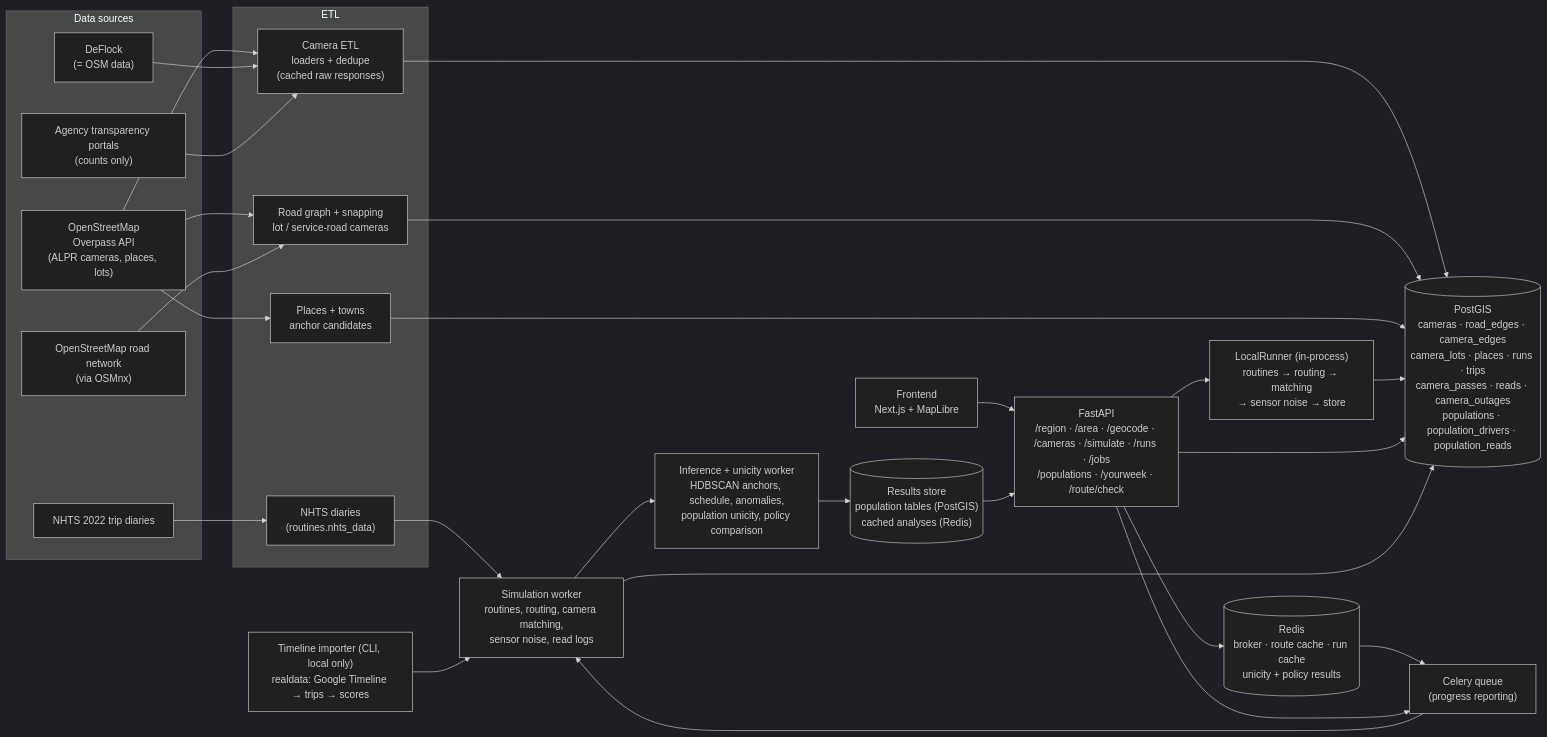
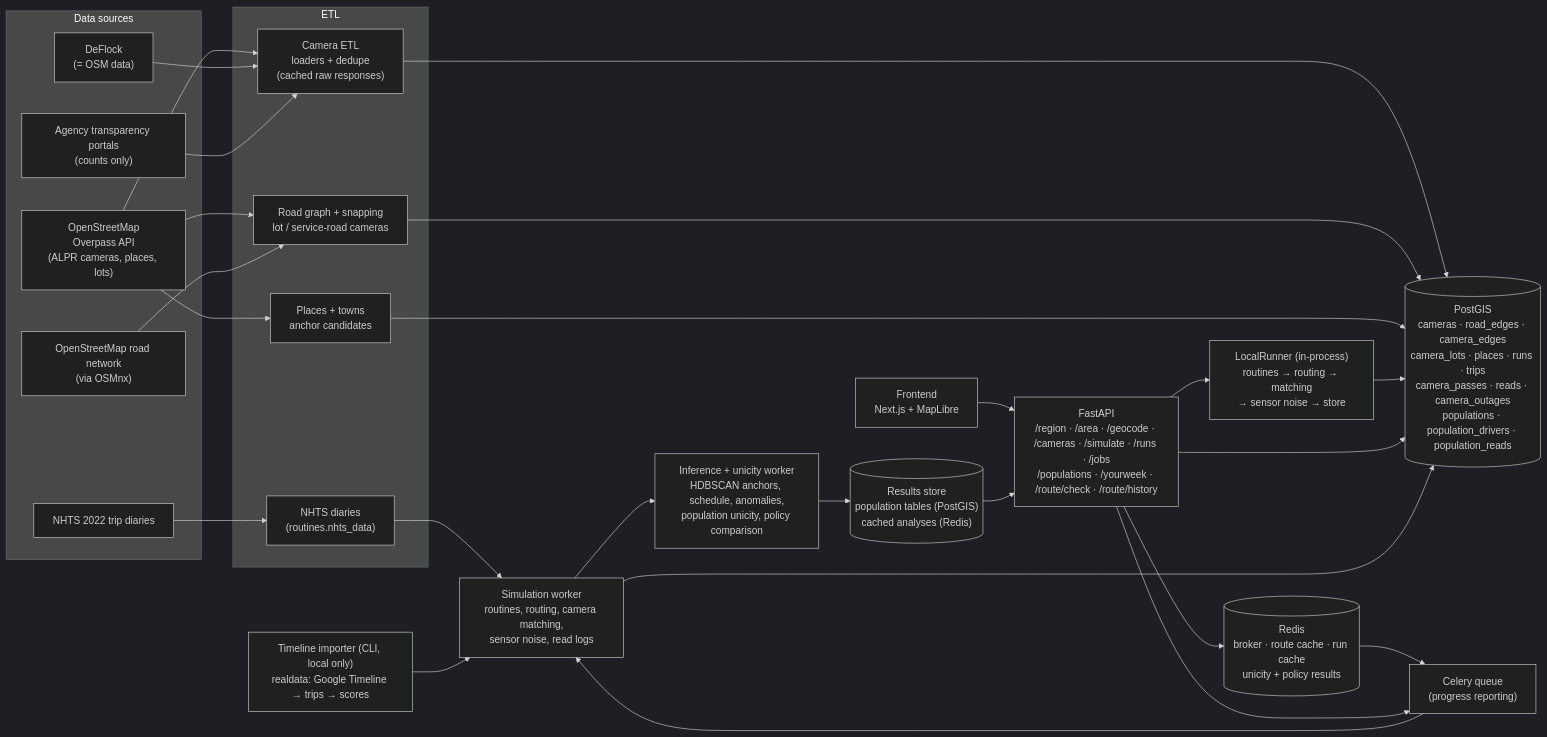
The diagram in docs/architecture.md (RyanPurakal/plate-trail), drawn with Mermaid (dark theme) before and after one commit. The commit also changed other lines of this file and 4 other files, not shown here.

````diff
--- a/docs/architecture.md
+++ b/docs/architecture.md
@@ -7,59 +12,59 @@
 ```mermaid
 flowchart LR
     %% ---------- sources ----------
     subgraph sources["Data sources"]
         OSM["OpenStreetMap<br/>Overpass API<br/>(ALPR cameras, places, lots)"]
         OSMNX["OpenStreetMap road network<br/>(via OSMnx)"]
         DEFLOCK["DeFlock<br/>(= OSM data)"]
         AGENCY["Agency transparency portals<br/>(counts only)"]
         NHTS["NHTS 2022 trip diaries"]
     end
 
     %% ---------- ETL ----------
     subgraph etl["ETL"]
         CAMETL["Camera ETL<br/>loaders + dedupe<br/>(cached raw responses)"]
         ROADS["Road graph + snapping<br/>lot / service-road cameras"]
         PLACES["Places + towns<br/>anchor candidates"]
         NHTSETL["NHTS diaries<br/>(routines.nhts_data)"]
     end
 
     DB[("PostGIS<br/>cameras · road_edges · camera_edges<br/>camera_lots · places · runs · trips<br/>camera_passes · reads · camera_outages<br/>populations · population_drivers · population_reads")]
 
     %% ---------- app ----------
     FE["Frontend<br/>Next.js + MapLibre"]
-    API["FastAPI<br/>/region · /area · /geocode · /cameras · /simulate · /runs · /jobs<br/>/populations · /yourweek · /route/check"]
+    API["FastAPI<br/>/region · /area · /geocode · /cameras · /simulate · /runs · /jobs<br/>/populations · /yourweek · /route/check · /route/history"]
     LOCAL["LocalRunner (in-process)<br/>routines → routing → matching<br/>→ sensor noise → store"]
     REDIS[("Redis<br/>broker · route cache · run cache<br/>unicity + policy results")]
     QUEUE["Celery queue<br/>(progress reporting)"]
     SIMW["Simulation worker<br/>routines, routing, camera matching,<br/>sensor noise, read logs"]
     INFW["Inference + unicity worker<br/>HDBSCAN anchors, schedule, anomalies,<br/>population unicity, policy comparison"]
     RESULTS[("Results store<br/>population tables (PostGIS)<br/>cached analyses (Redis)")]
     TIMELINE["Timeline importer (CLI, local only)<br/>realdata: Google Timeline → trips → scores"]
 
     OSM --> CAMETL
     OSM --> PLACES
     OSM --> ROADS
     OSMNX --> ROADS
     DEFLOCK --> CAMETL
     AGENCY --> CAMETL
     NHTS --> NHTSETL
     CAMETL --> DB
     ROADS --> DB
     PLACES --> DB
     NHTSETL --> SIMW
 
     FE --> API
     API --> LOCAL
     LOCAL --> DB
     API --> DB
 
     API --> REDIS
     REDIS --> QUEUE
     API --> QUEUE
     QUEUE --> SIMW
     SIMW --> INFW
     SIMW --> DB
     INFW --> RESULTS
     RESULTS --> API
     TIMELINE --> SIMW
 ```
````
